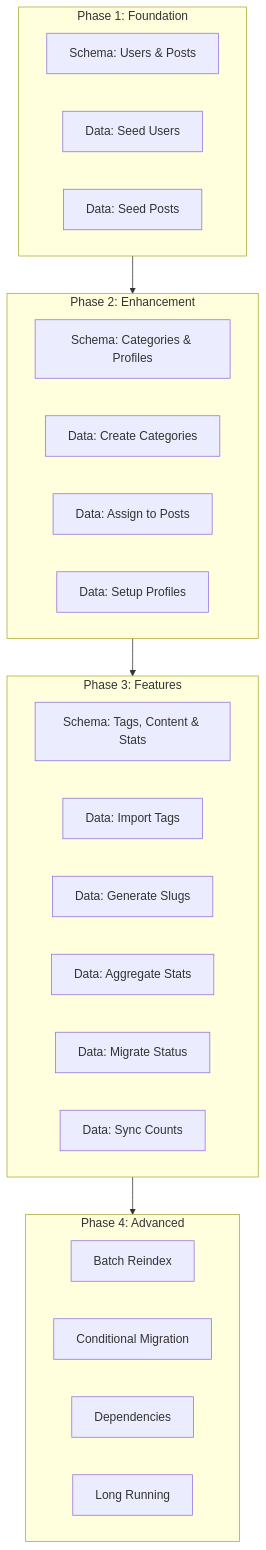
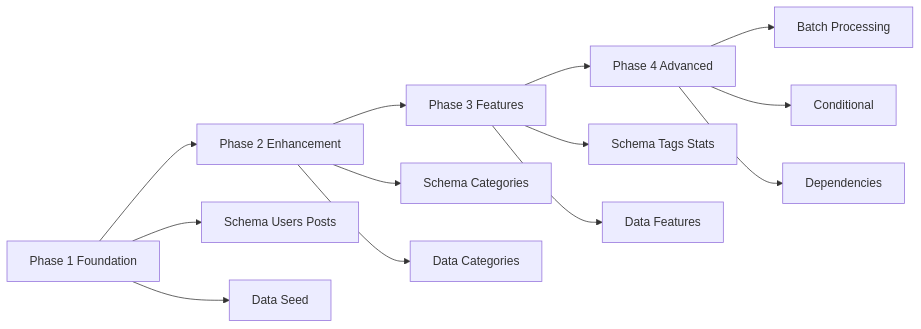
The first of 2 diagrams in docs/example/README.md (eftech93/prisma-shift), drawn with Mermaid before and after one commit. The commit also changed other lines of this file and 5 other files, not shown here.

````diff
--- a/docs/example/README.md
+++ b/docs/example/README.md
@@ -9,33 +9,19 @@
 ```mermaid
-flowchart TB
-    subgraph Phase1["Phase 1: Foundation"]
-        P1_1[Schema: Users & Posts]
-        P1_2[Data: Seed Users]
-        P1_3[Data: Seed Posts]
-    end
+flowchart LR
+    P1[Phase 1 Foundation] --> P2[Phase 2 Enhancement]
+    P2 --> P3[Phase 3 Features]
+    P3 --> P4[Phase 4 Advanced]
     
-    subgraph Phase2["Phase 2: Enhancement"]
-        P2_1[Schema: Categories & Profiles]
-        P2_2[Data: Create Categories]
-        P2_3[Data: Assign to Posts]
-        P2_4[Data: Setup Profiles]
-    end
+    P1 --> P1A[Schema Users Posts]
+    P1 --> P1B[Data Seed]
     
-    subgraph Phase3["Phase 3: Features"]
-        P3_1[Schema: Tags, Content & Stats]
-        P3_2[Data: Import Tags]
-        P3_3[Data: Generate Slugs]
-        P3_4[Data: Aggregate Stats]
-        P3_5[Data: Migrate Status]
-        P3_6[Data: Sync Counts]
-    end
+    P2 --> P2A[Schema Categories]
+    P2 --> P2B[Data Categories]
     
-    subgraph Phase4["Phase 4: Advanced"]
-        P4_1[Batch Reindex]
-        P4_2[Conditional Migration]
-        P4_3[Dependencies]
-        P4_4[Long Running]
-    end
+    P3 --> P3A[Schema Tags Stats]
+    P3 --> P3B[Data Features]
     
-    Phase1 --> Phase2 --> Phase3 --> Phase4
+    P4 --> P4A[Batch Processing]
+    P4 --> P4B[Conditional]
+    P4 --> P4C[Dependencies]
 ```
````
